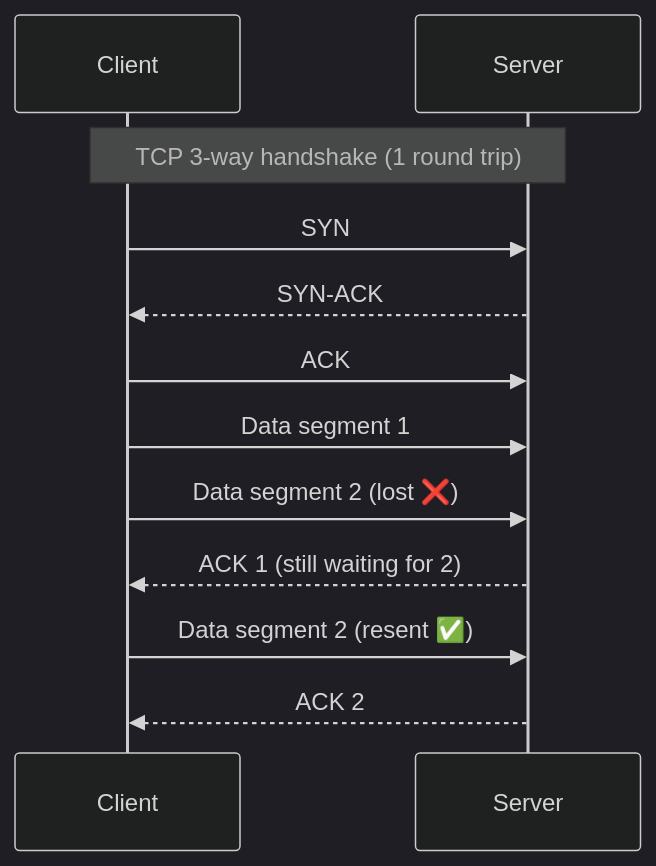
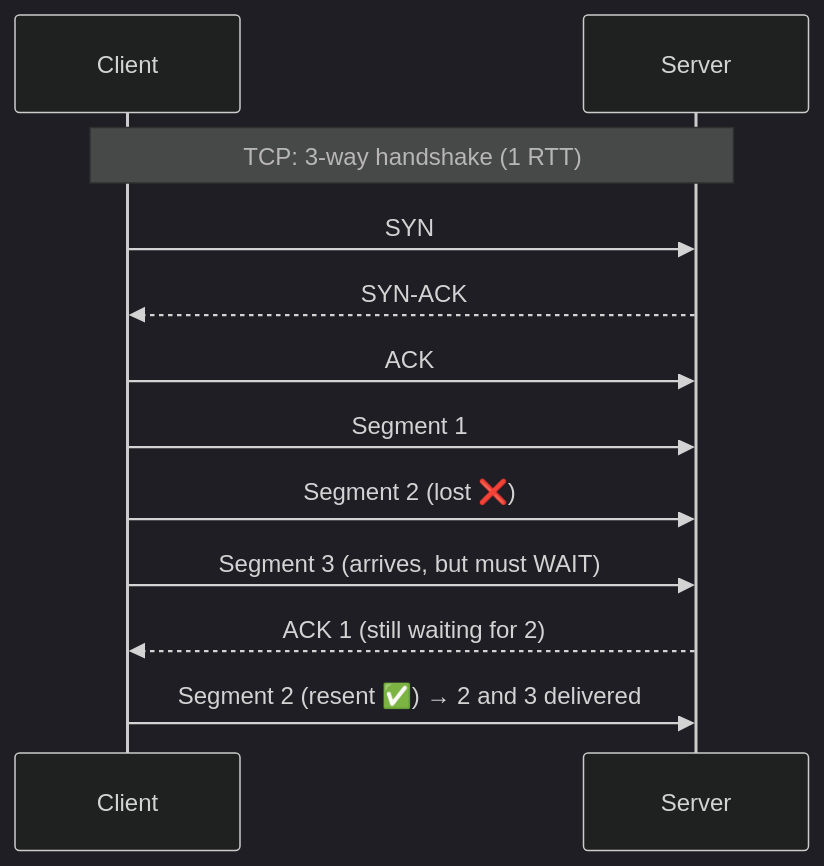
Before and after one commit to winnyboy5/System-Design-from-Atoms: the first of 2 diagrams in phases/02-networking/010-tcp-vs-udp.md, drawn with Mermaid (dark theme). The commit also changed other lines of this file and 7 other files, not shown here.

````diff
--- a/phases/02-networking/010-tcp-vs-udp.md
+++ b/phases/02-networking/010-tcp-vs-udp.md
@@ -26,14 +36,14 @@
 ```mermaid
 sequenceDiagram
     participant C as Client
     participant S as Server
-    Note over C,S: TCP 3-way handshake (1 round trip)
+    Note over C,S: TCP: 3-way handshake (1 RTT)
     C->>S: SYN
     S-->>C: SYN-ACK
     C->>S: ACK
-    C->>S: Data segment 1
-    C->>S: Data segment 2 (lost ❌)
+    C->>S: Segment 1
+    C->>S: Segment 2 (lost ❌)
+    C->>S: Segment 3 (arrives, but must WAIT)
     S-->>C: ACK 1 (still waiting for 2)
-    C->>S: Data segment 2 (resent ✅)
-    S-->>C: ACK 2
+    C->>S: Segment 2 (resent ✅) → 2 and 3 delivered
 ```
````
